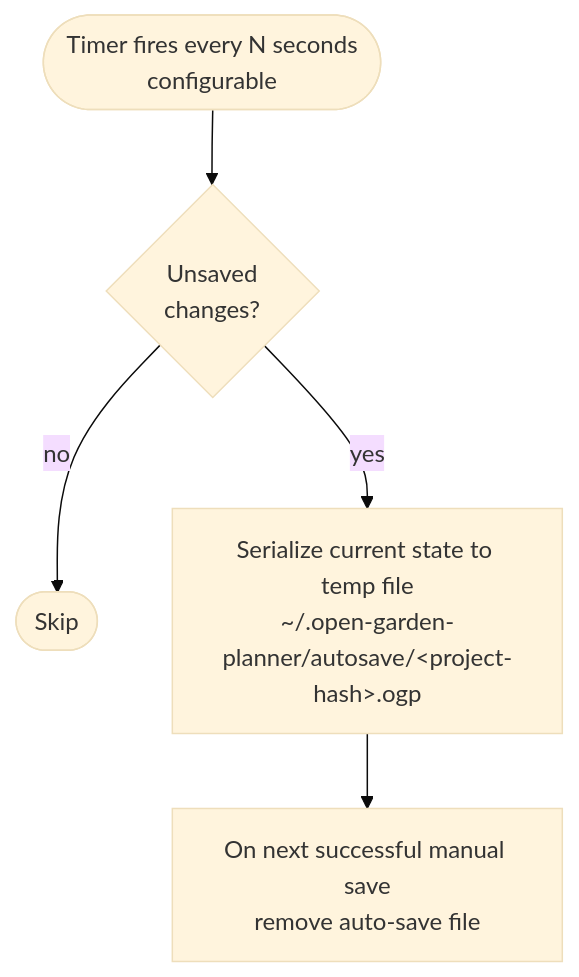
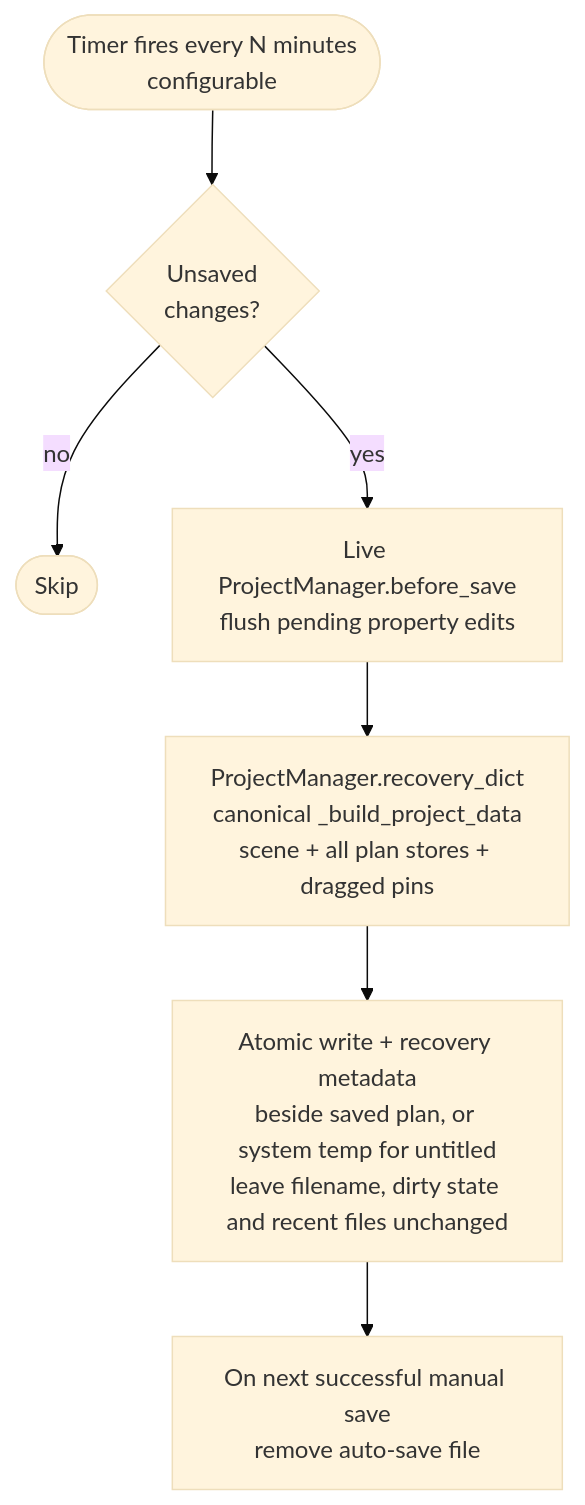
Diagram 13 of 38 in docs/06-runtime-view/README.md (cofade/open-garden-planner), drawn with Mermaid (base theme) before and after one commit. The commit also changed 56 other files, not shown here.

````diff
--- a/docs/06-runtime-view/README.md
+++ b/docs/06-runtime-view/README.md
@@ -374,12 +374,14 @@
 ```mermaid
 flowchart TD
-    T([Timer fires every N seconds<br/>configurable])
+    T([Timer fires every N minutes<br/>configurable])
     Dirty{Unsaved<br/>changes?}
     Skip([Skip])
-    Ser["Serialize current state to temp file<br/>~/.open-garden-planner/autosave/&lt;project-hash&gt;.ogp"]
+    Flush["Live ProjectManager.before_save<br/>flush pending property edits"]
+    Build["ProjectManager.recovery_dict<br/>canonical _build_project_data<br/>scene + all plan stores + dragged pins"]
+    Ser["Atomic write + recovery metadata<br/>beside saved plan, or system temp for untitled<br/>leave filename, dirty state and recent files unchanged"]
     Manual[On next successful manual save<br/>remove auto-save file]
 
     T --> Dirty
     Dirty -->|no| Skip
-    Dirty -->|yes| Ser --> Manual
+    Dirty -->|yes| Flush --> Build --> Ser --> Manual
 ```
````
